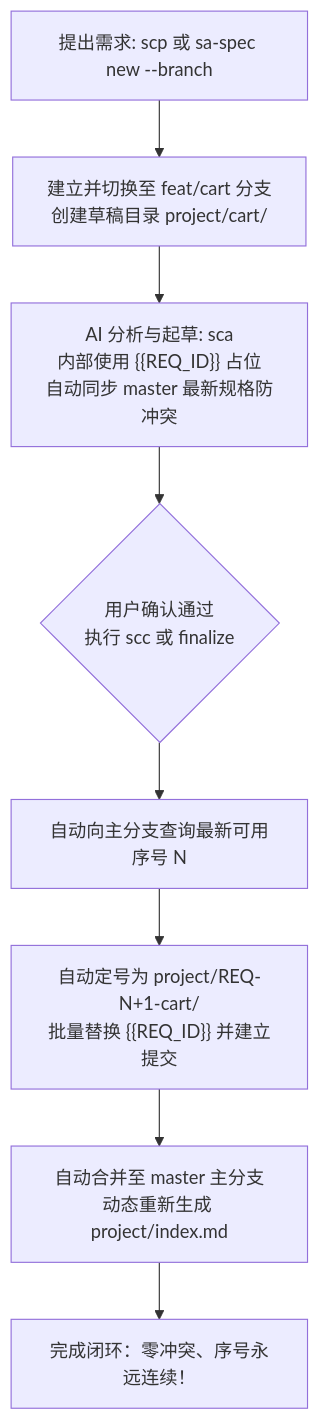
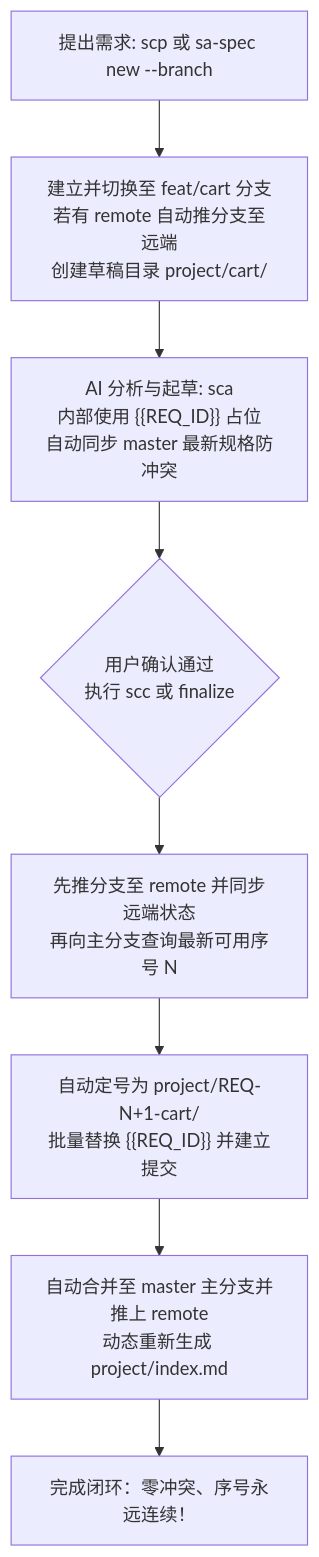
The diagram in README.zh-CN.md (lovius215/ai_spec), drawn with Mermaid before and after one commit. The commit also changed other lines of this file and 12 other files, not shown here.

Commit message:
feat: 支援 Git Remote 自動推送鐵律 (scp/scc) 與 v0.2.6 定版

````diff
--- a/README.zh-CN.md
+++ b/README.zh-CN.md
@@ -103,10 +103,10 @@
 ```mermaid
 flowchart TD
-    A["提出需求: scp 或 sa-spec new --branch"] --> B["建立并切换至 feat/cart 分支<br/>创建草稿目录 project/cart/"]
+    A["提出需求: scp 或 sa-spec new --branch"] --> B["建立并切换至 feat/cart 分支<br/>若有 remote 自动推分支至远端<br/>创建草稿目录 project/cart/"]
     B --> C["AI 分析与起草: sca<br/>内部使用 {{REQ_ID}} 占位<br/>自动同步 master 最新规格防冲突"]
     C --> D{"用户确认通过<br/>执行 scc 或 finalize"}
-    D --> E["自动向主分支查询最新可用序号 N"]
+    D --> E["先推分支至 remote 并同步远端状态<br/>再向主分支查询最新可用序号 N"]
     E --> F["自动定号为 project/REQ-N+1-cart/<br/>批量替换 {{REQ_ID}} 并建立提交"]
-    F --> G["自动合并至 master 主分支<br/>动态重新生成 project/index.md"]
+    F --> G["自动合并至 master 主分支并推上 remote<br/>动态重新生成 project/index.md"]
     G --> H["完成闭环：零冲突、序号永远连续！"]
 ```
````
